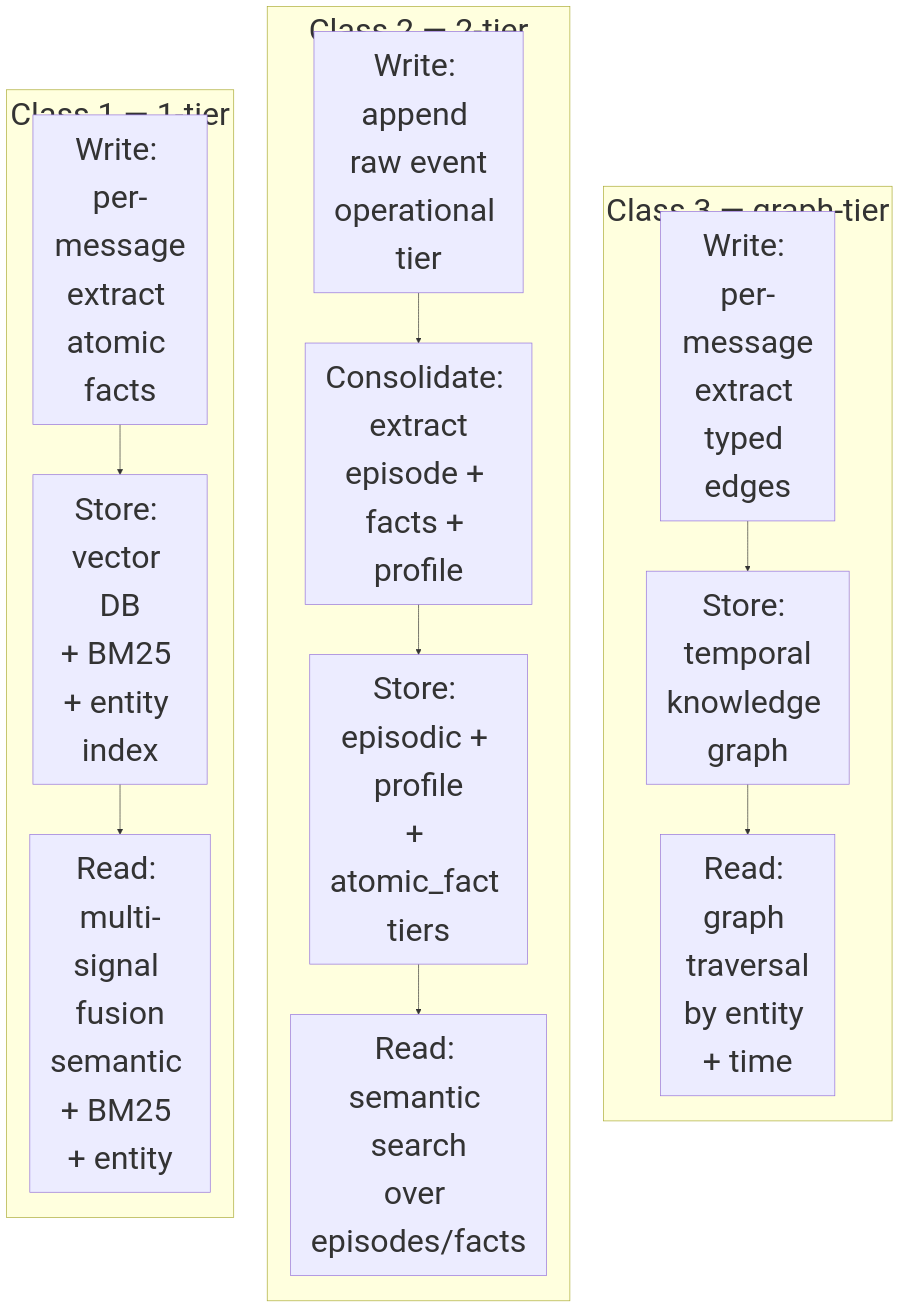
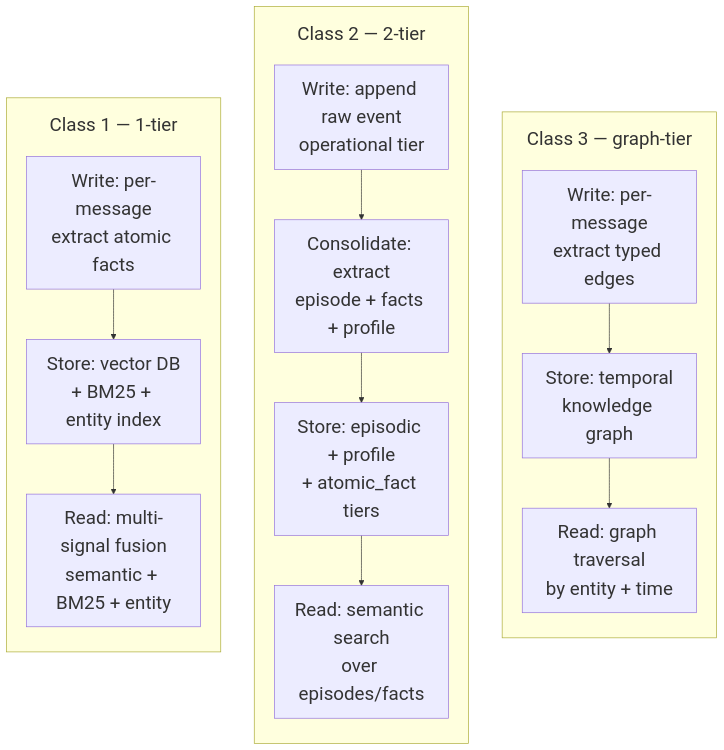
The second of 13 diagrams in Week 3.5.9 - Requirement-Driven Memory Architecture.md (shaneliuyx/agent-development-curriculum), drawn with Mermaid before and after one commit. The commit also changed other lines of this file and 2 other files, not shown here.

First line of the commit message:
docs(diagrams): LR-cluster directive — fontSize 48->28px + subGraphTitleMargin

````diff
--- a/Week 3.5.9 - Requirement-Driven Memory Architecture.md
+++ b/Week 3.5.9 - Requirement-Driven Memory Architecture.md
@@ -202,27 +203,27 @@
 ```mermaid
-%%{init: {'theme':'default', 'themeVariables': {'fontSize':'48px'}, 'flowchart':{'useMaxWidth':false}}}%%
+%%{init: {'theme':'default', 'themeVariables': {'fontSize':'28px'}, 'flowchart':{'useMaxWidth':false, 'subGraphTitleMargin':{'top':20,'bottom':30}, 'nodeSpacing':40, 'rankSpacing':50}}}%%
 flowchart LR
   subgraph C1["Class 1 — 1-tier"]
     direction TB
     C1W["Write: per-message<br/>extract atomic facts"]
     C1S["Store: vector DB<br/>+ BM25 + entity index"]
     C1R["Read: multi-signal fusion<br/>semantic + BM25 + entity"]
     C1W --> C1S --> C1R
   end
   subgraph C2["Class 2 — 2-tier"]
     direction TB
     C2W["Write: append raw event<br/>operational tier"]
     C2C["Consolidate: extract<br/>episode + facts + profile"]
     C2S["Store: episodic + profile<br/>+ atomic_fact tiers"]
     C2R["Read: semantic search<br/>over episodes/facts"]
     C2W --> C2C --> C2S --> C2R
   end
   subgraph C3["Class 3 — graph-tier"]
     direction TB
     C3W["Write: per-message<br/>extract typed edges"]
     C3S["Store: temporal<br/>knowledge graph"]
     C3R["Read: graph traversal<br/>by entity + time"]
     C3W --> C3S --> C3R
   end
   C1 ~~~ C2 ~~~ C3
 ```
````
